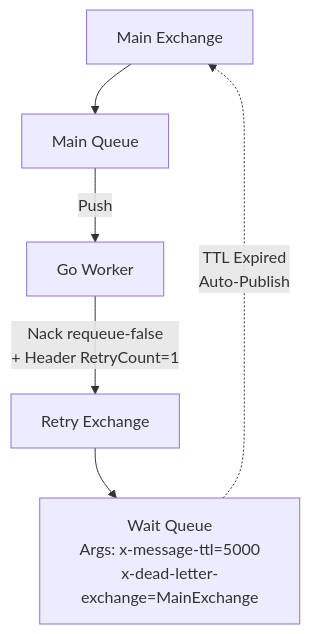
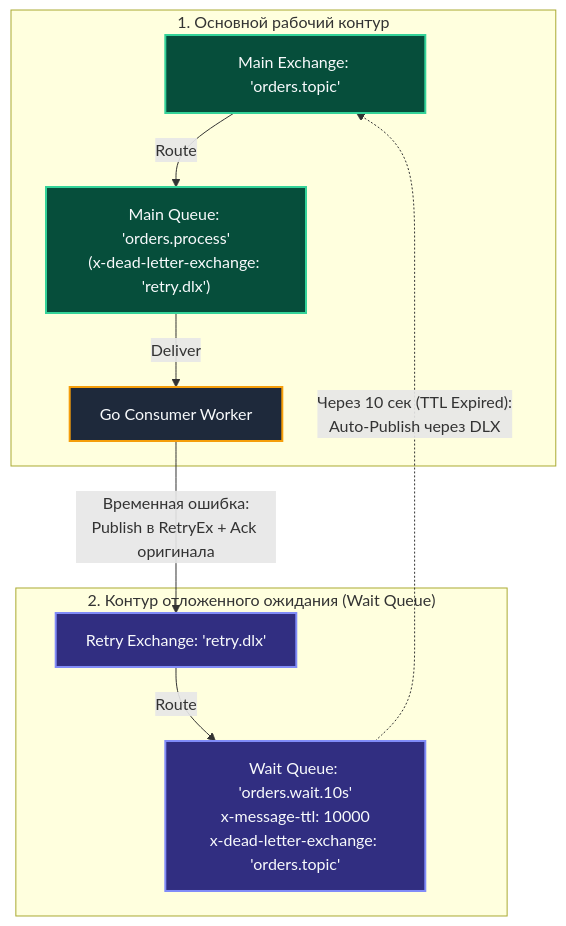
The first of 2 diagrams in sources/13. Очереди, брокеры сообщений и оркестраторы/02. RabbitMQ/8. Retry patterns в RabbitMQ.md (UnrealTemplier/go-textbook), drawn with Mermaid before and after one commit. The commit also changed other lines of this file, not shown here.

````diff
--- a/sources/13. Очереди, брокеры сообщений и оркестраторы/02. RabbitMQ/8. Retry patterns в RabbitMQ.md
+++ b/sources/13. Очереди, брокеры сообщений и оркестраторы/02. RabbitMQ/8. Retry patterns в RabbitMQ.md
@@ -32,10 +43,28 @@
 ```mermaid
-graph TD
-    MEx["Main Exchange"] --> MQ["Main Queue"]
-    MQ -->|Push| Worker["Go Worker"]
+flowchart TD
+    subgraph ActiveZone ["1. Основной рабочий контур"]
+        MainEx["Main Exchange: 'orders.topic'"]
+        MainQueue["Main Queue: 'orders.process'<br>(x-dead-letter-exchange: 'retry.dlx')"]
+        Worker["Go Consumer Worker"]
+    end
+
+    subgraph DelayZone ["2. Контур отложенного ожидания (Wait Queue)"]
+        RetryEx["Retry Exchange: 'retry.dlx'"]
+        WaitQueue["Wait Queue: 'orders.wait.10s'<br>x-message-ttl: 10000<br>x-dead-letter-exchange: 'orders.topic'"]
+    end
+
+    MainEx -->|"Route"| MainQueue
+    MainQueue -->|"Deliver"| Worker
+    Worker -->|"Временная ошибка:<br>Publish в RetryEx + Ack оригинала"| RetryEx
     
-    Worker -->|"Nack requeue-false<br>+ Header RetryCount=1"| REx["Retry Exchange"]
-    REx --> WaitQ["Wait Queue<br>Args: x-message-ttl=5000<br>x-dead-letter-exchange=MainExchange"]
-    
-    WaitQ -.->|"TTL Expired<br>Auto-Publish"| MEx
+    RetryEx -->|"Route"| WaitQueue
+    WaitQueue -.->|"Через 10 сек (TTL Expired):<br>Auto-Publish через DLX"| MainEx
+
+    classDef active fill:#064e3b,stroke:#34d399,stroke-width:2px,color:#f8fafc;
+    classDef delay fill:#312e81,stroke:#818cf8,stroke-width:2px,color:#f8fafc;
+    classDef worker fill:#1e293b,stroke:#f59e0b,stroke-width:2px,color:#f8fafc;
+
+    class MainEx,MainQueue active;
+    class RetryEx,WaitQueue delay;
+    class Worker worker;
 ```
````
